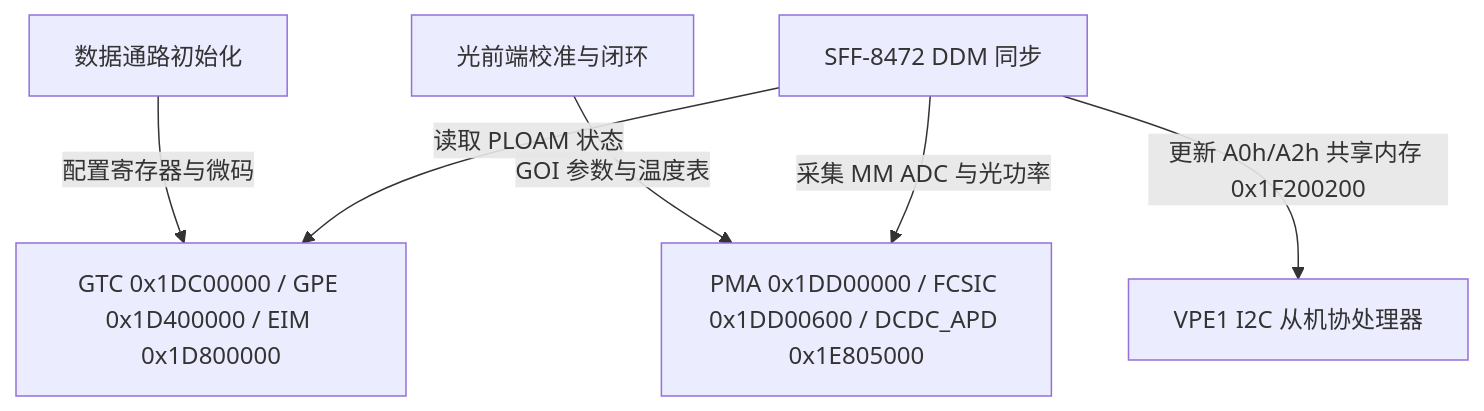
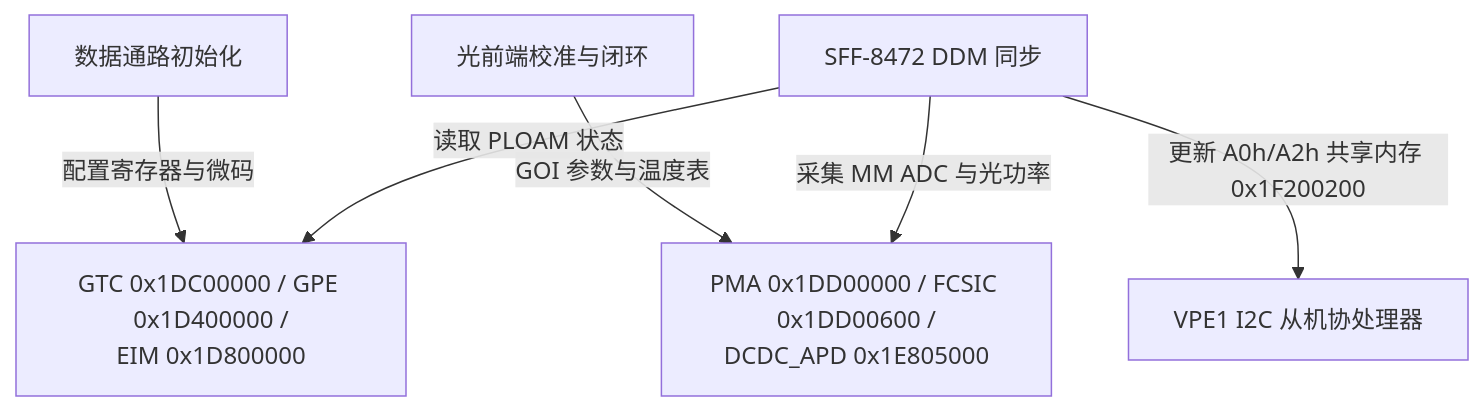
Before and after one commit to difanz/lantiq-falcon-s-docs: the diagram in 09_control_flow/04_userspace_control_tools.md, drawn with Mermaid. The commit also changed 33 other files, not shown here.

Commit message:
Improve diagram readability and adopt the Material theme

````diff
--- a/09_control_flow/04_userspace_control_tools.md
+++ b/09_control_flow/04_userspace_control_tools.md
@@ -16,8 +16,8 @@
 ```mermaid
 flowchart TD
-    ONU_INIT["数据通路初始化"] -->|配置寄存器与微码| DEV_ONU["GTC 0x1DC00000 / GPE 0x1D400000 / EIM 0x1D800000"]
-    OPTIC_INIT["光前端校准与闭环"] -->|GOI 参数与温度表| DEV_OPTIC["PMA 0x1DD00000 / FCSIC 0x1DD00600 / DCDC_APD 0x1E805000"]
+    ONU_INIT["数据通路初始化"] -->|配置寄存器与微码| DEV_ONU["GTC 0x1DC00000 / GPE 0x1D400000 /<br/>EIM 0x1D800000"]
+    OPTIC_INIT["光前端校准与闭环"] -->|GOI 参数与温度表| DEV_OPTIC["PMA 0x1DD00000 / FCSIC 0x1DD00600 /<br/>DCDC_APD 0x1E805000"]
     SFP_LOOP["SFF-8472 DDM 同步"] -->|采集 MM ADC 与光功率| DEV_OPTIC
     SFP_LOOP -->|读取 PLOAM 状态| DEV_ONU
     SFP_LOOP -->|更新 A0h/A2h 共享内存 0x1F200200| DEV_SFP["VPE1 I2C 从机协处理器"]
 ```
````
